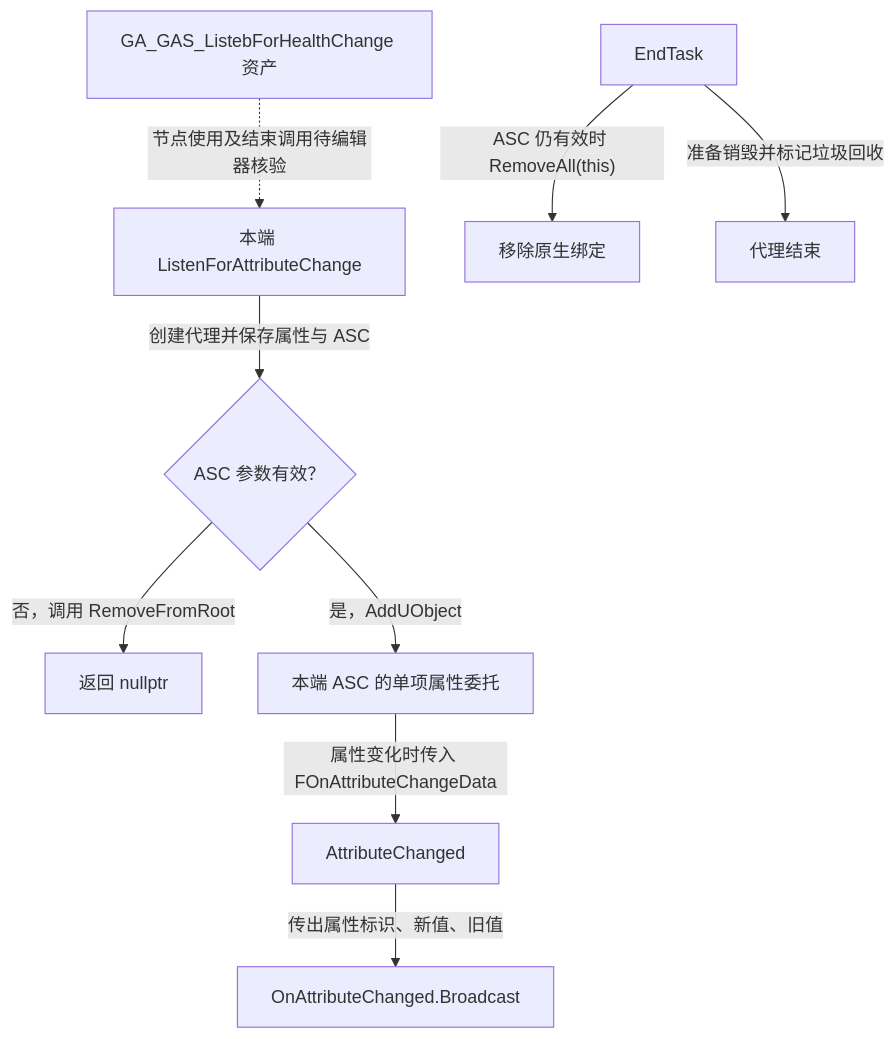
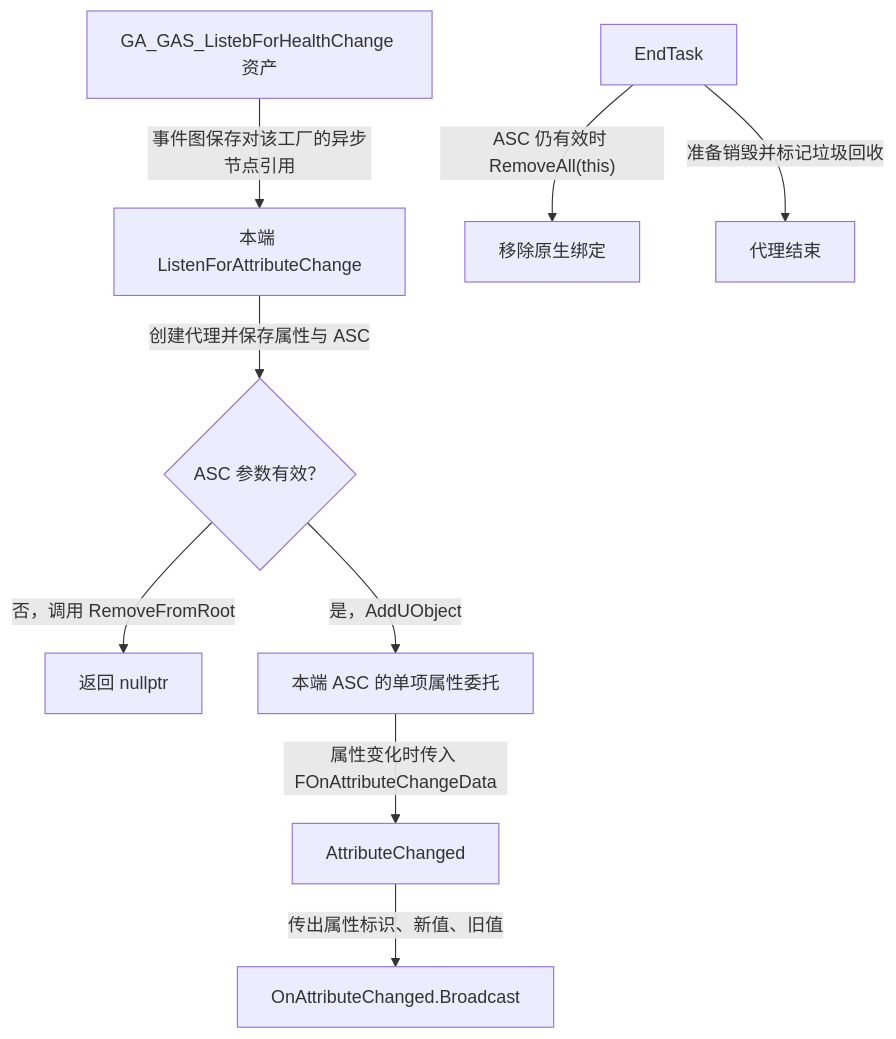
Before and after one commit to xuelongdev/GAS_StudyNotes: the diagram in Tasks/AttributeChangeTask.md, drawn with Mermaid. The commit also changed other lines of this file and 14 other files, not shown here.

````diff
--- a/Tasks/AttributeChangeTask.md
+++ b/Tasks/AttributeChangeTask.md
@@ -38,11 +38,11 @@
 ```mermaid
 flowchart TD
     factory["本端 ListenForAttributeChange"] -->|"创建代理并保存属性与 ASC"| valid{"ASC 参数有效？"}
     valid -->|"否，调用 RemoveFromRoot"| empty["返回 nullptr"]
     valid -->|"是，AddUObject"| delegate["本端 ASC 的单项属性委托"]
     delegate -->|"属性变化时传入 FOnAttributeChangeData"| handler["AttributeChanged"]
     handler -->|"传出属性标识、新值、旧值"| broadcast["OnAttributeChanged.Broadcast"]
     endTask["EndTask"] -->|"ASC 仍有效时 RemoveAll(this)"| clear["移除原生绑定"]
     endTask -->|"准备销毁并标记垃圾回收"| destroy["代理结束"]
-    listener["GA_GAS_ListebForHealthChange 资产"] -.->|"节点使用及结束调用待编辑器核验"| factory
+    listener["GA_GAS_ListebForHealthChange 资产"] -->|"事件图保存对该工厂的异步节点引用"| factory
 ```
````
